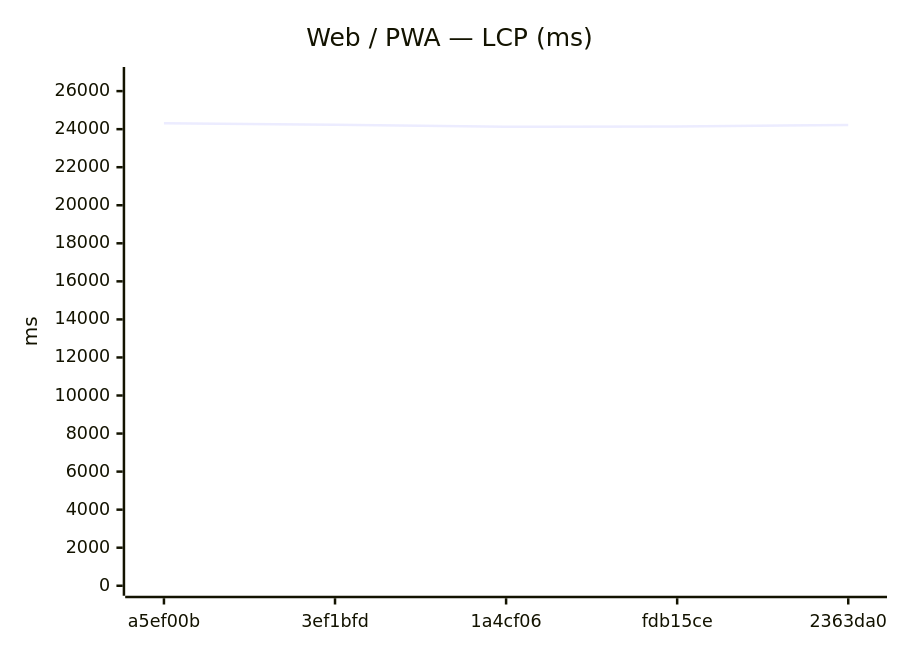
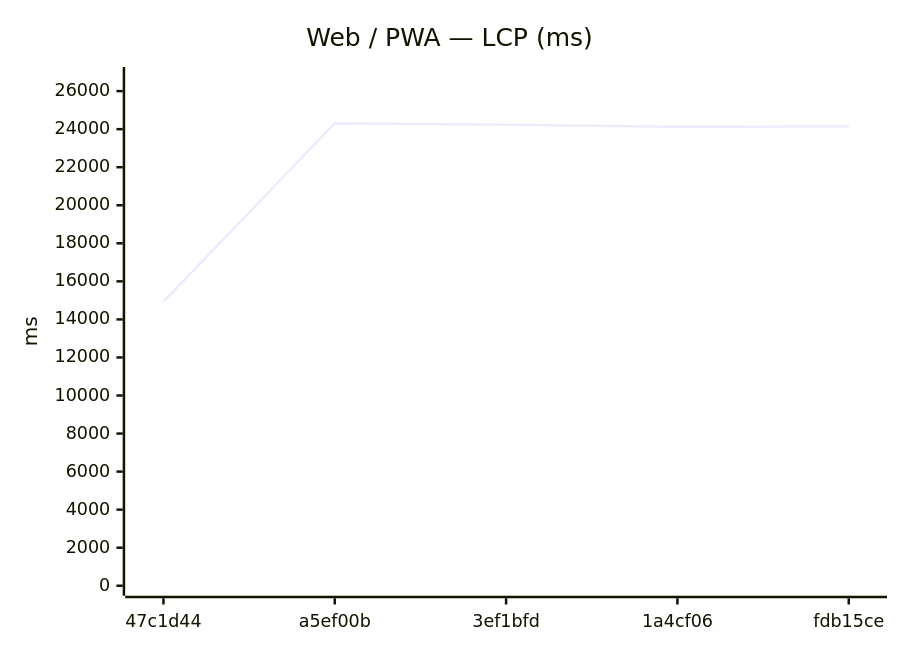
One commit to Metaheurist/Rianell changed the fifth of 12 diagrams in benchmarks/compare.md. Above: the diagram before and after it, drawn with Mermaid. The commit also changed other lines of this file and 8 other files, not shown here.

````diff
--- a/benchmarks/compare.md
+++ b/benchmarks/compare.md
@@ -82,7 +82,7 @@
 ```mermaid
 xychart-beta
     title "Web / PWA — LCP (ms)"
-    x-axis ["a5ef00b", "3ef1bfd", "1a4cf06", "fdb15ce", "2363da0"]
+    x-axis ["47c1d44", "a5ef00b", "3ef1bfd", "1a4cf06", "fdb15ce"]
     y-axis "ms" 0 --> 26742
-    line [24310, 24236, 24125, 24144, 24218]
+    line [14929, 24310, 24236, 24125, 24144]
 ```
````
